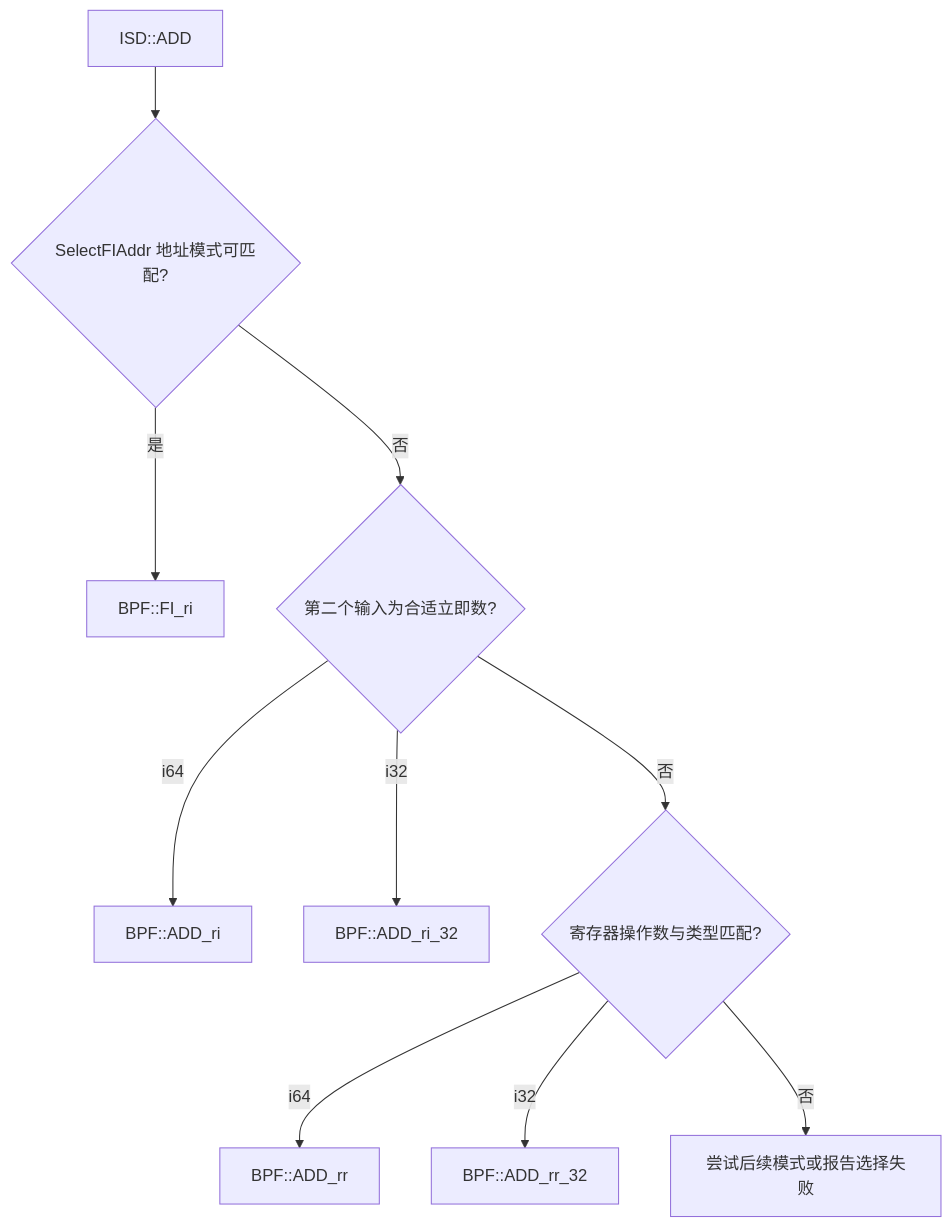
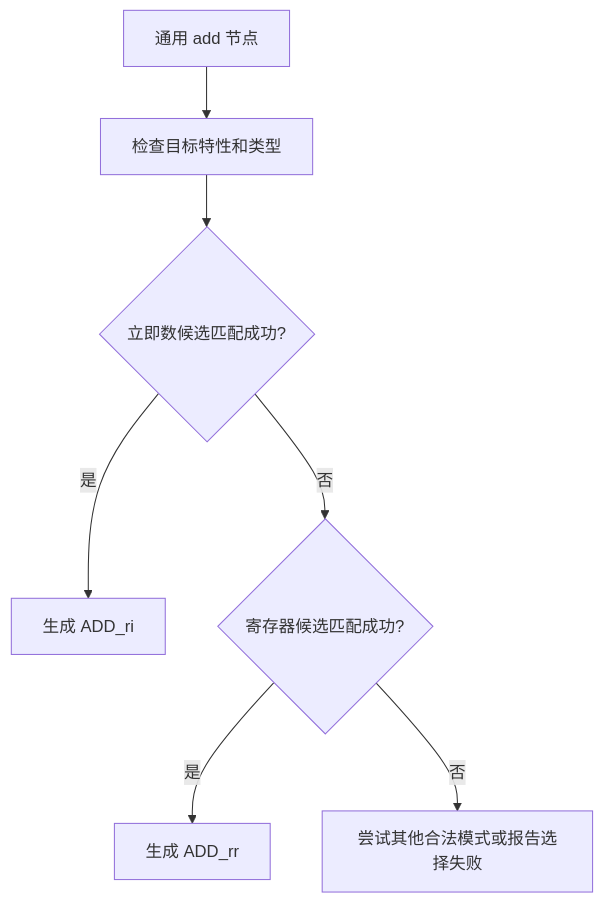
The second of 4 diagrams in llvm/inside-llvm-codegen/inside-llvm-codegen-ch7.md (liyangzmx/llvm-learn), drawn with Mermaid before and after one commit. The commit also changed other lines of this file and 147 other files, not shown here.

````diff
--- a/llvm/inside-llvm-codegen/inside-llvm-codegen-ch7.md
+++ b/llvm/inside-llvm-codegen/inside-llvm-codegen-ch7.md
@@ -741,12 +326,9 @@
 ```mermaid
 flowchart TD
-  A[ISD::ADD] --> F{SelectFIAddr 地址模式可匹配?}
-  F -->|是| FI[BPF::FI_ri]
-  F -->|否| I{第二个输入为合适立即数?}
-  I -->|i64| RI[BPF::ADD_ri]
-  I -->|i32| RI32[BPF::ADD_ri_32]
-  I -->|否| R{寄存器操作数与类型匹配?}
-  R -->|i64| RR[BPF::ADD_rr]
-  R -->|i32| RR32[BPF::ADD_rr_32]
-  R -->|否| X[尝试后续模式或报告选择失败]
+  A[通用 add 节点] --> B[检查目标特性和类型]
+  B --> C{立即数候选匹配成功?}
+  C -->|是| D[生成 ADD_ri]
+  C -->|否| E{寄存器候选匹配成功?}
+  E -->|是| F[生成 ADD_rr]
+  E -->|否| G[尝试其他合法模式或报告选择失败]
 ```
````
